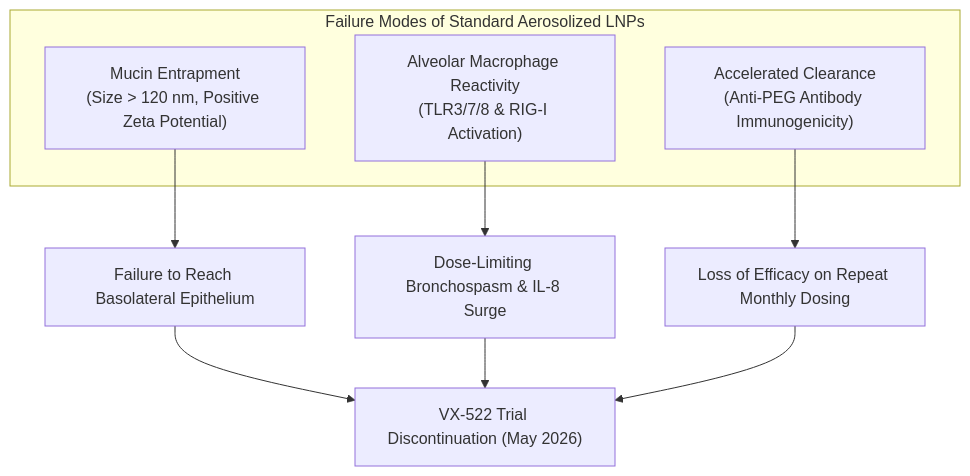
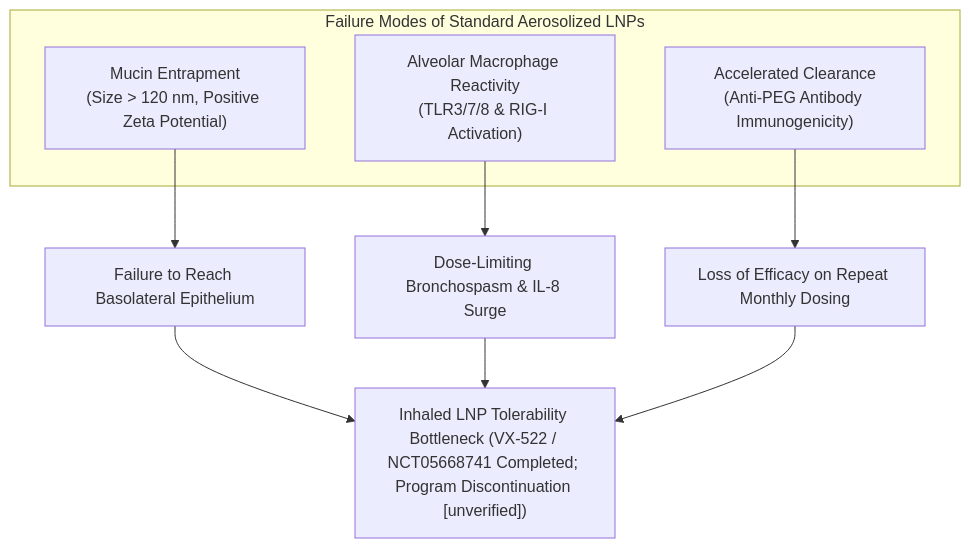
The first of 2 diagrams in proposals/2026-10-inhaled-delivery-blueprint.md (senseiewok/cf-research), drawn with Mermaid before and after one commit. The commit also changed other lines of this file and 34 other files, not shown here.

````diff
--- a/proposals/2026-10-inhaled-delivery-blueprint.md
+++ b/proposals/2026-10-inhaled-delivery-blueprint.md
@@ -25,16 +25,16 @@
 ```mermaid
 flowchart TD
     subgraph FailureModes["Failure Modes of Standard Aerosolized LNPs"]
         FM1["Mucin Entrapment<br/>(Size > 120 nm, Positive Zeta Potential)"]
         FM2["Alveolar Macrophage Reactivity<br/>(TLR3/7/8 & RIG-I Activation)"]
         FM3["Accelerated Clearance<br/>(Anti-PEG Antibody Immunogenicity)"]
     end
 
     FM1 --> Barrier["Failure to Reach Basolateral Epithelium"]
     FM2 --> Inflammation["Dose-Limiting Bronchospasm & IL-8 Surge"]
     FM3 --> Neutralization["Loss of Efficacy on Repeat Monthly Dosing"]
 
-    Barrier --> Termination["VX-522 Trial Discontinuation (May 2026)"]
+    Barrier --> Termination["Inhaled LNP Tolerability Bottleneck (VX-522 / NCT05668741 Completed; Program Discontinuation [unverified])"]
     Inflammation --> Termination
     Neutralization --> Termination
 ```
````
